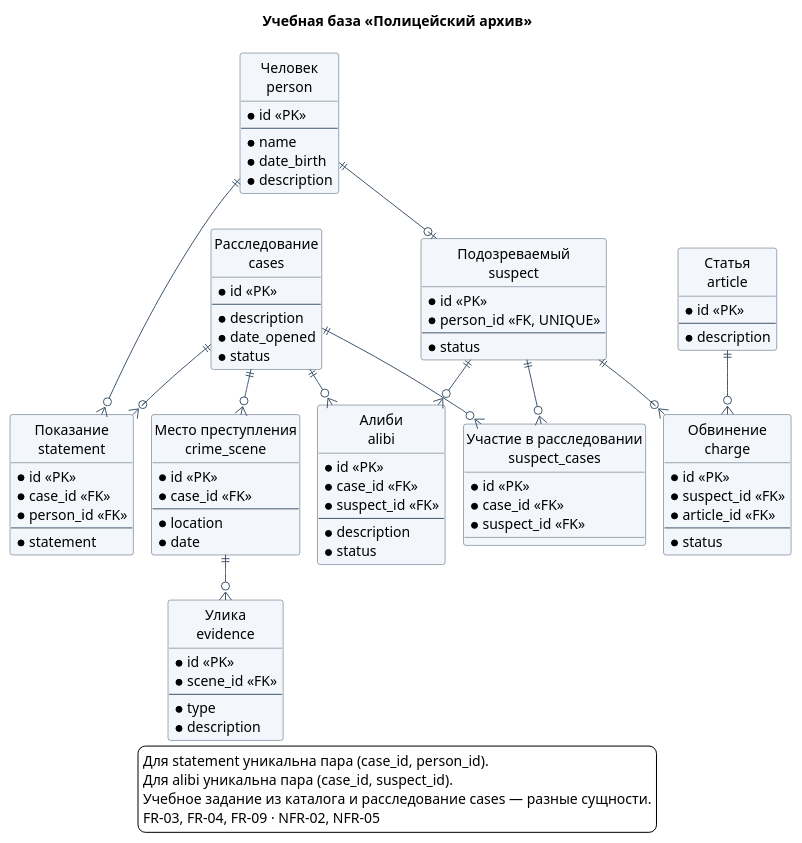
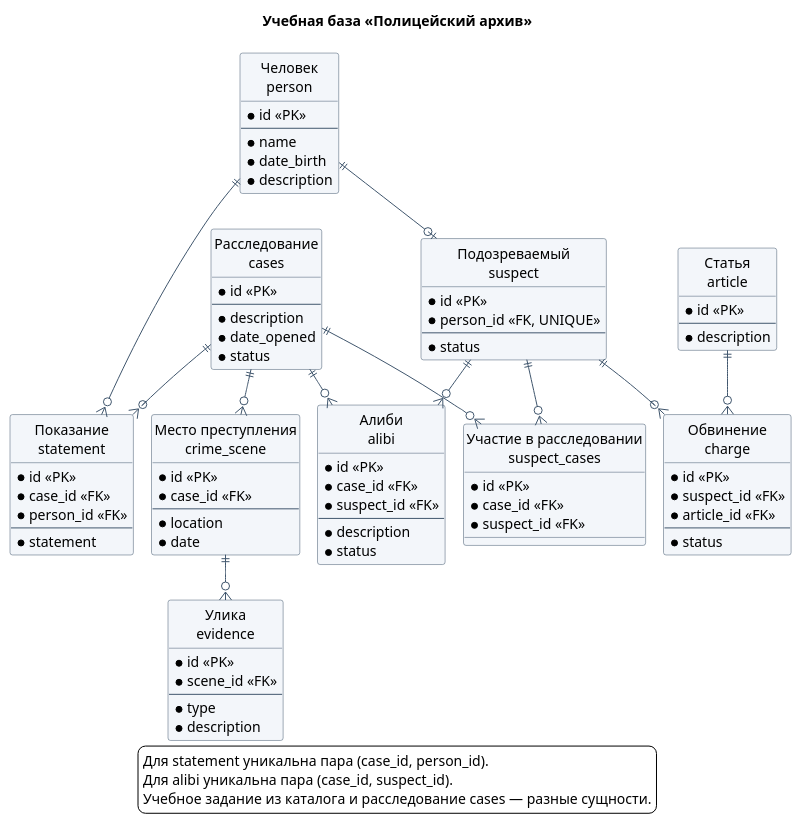
One commit to cicada-pops/vkr changed the diagram in assets/investigation-data.puml. Above: the diagram before and after it, drawn with PlantUML. The commit also changed 16 other files, not shown here.

```diff
--- a/assets/investigation-data.puml
+++ b/assets/investigation-data.puml
@@ -1,96 +1,95 @@
 @startuml
 !pragma layout smetana
 skinparam defaultFontName Arial
 skinparam defaultFontSize 14
 skinparam backgroundColor white
 skinparam shadowing false
 skinparam linetype ortho
 skinparam classBackgroundColor #F3F6FA
 skinparam classBorderColor #40566D
 skinparam ArrowColor #40566D
 hide circle
 title Учебная база «Полицейский архив»
 entity "Расследование\ncases" as Case {
   * id <<PK>>
   --
   * description
   * date_opened
   * status
 }
 entity "Место преступления\ncrime_scene" as Scene {
   * id <<PK>>
   * case_id <<FK>>
   --
   * location
   * date
 }
 entity "Улика\nevidence" as Evidence {
   * id <<PK>>
   * scene_id <<FK>>
   --
   * type
   * description
 }
 entity "Человек\nperson" as Person {
   * id <<PK>>
   --
   * name
   * date_birth
   * description
 }
 entity "Показание\nstatement" as Statement {
   * id <<PK>>
   * case_id <<FK>>
   * person_id <<FK>>
   --
   * statement
 }
 entity "Подозреваемый\nsuspect" as Suspect {
   * id <<PK>>
   * person_id <<FK, UNIQUE>>
   --
   * status
 }
 entity "Участие в расследовании\nsuspect_cases" as Participation {
   * id <<PK>>
   * case_id <<FK>>
   * suspect_id <<FK>>
 }
 entity "Алиби\nalibi" as Alibi {
   * id <<PK>>
   * case_id <<FK>>
   * suspect_id <<FK>>
   --
   * description
   * status
 }
 entity "Обвинение\ncharge" as Charge {
   * id <<PK>>
   * suspect_id <<FK>>
   * article_id <<FK>>
   --
   * status
 }
 entity "Статья\narticle" as Article {
   * id <<PK>>
   --
   * description
 }
 Case ||--o{ Scene
 Scene ||--o{ Evidence
 Case ||--o{ Statement
 Person ||--o{ Statement
 Person ||--o| Suspect
 Case ||--o{ Participation
 Suspect ||--o{ Participation
 Case ||--o{ Alibi
 Suspect ||--o{ Alibi
 Suspect ||--o{ Charge
 Article ||--o{ Charge
 legend bottom
   Для statement уникальна пара (case_id, person_id).
   Для alibi уникальна пара (case_id, suspect_id).
   Учебное задание из каталога и расследование cases — разные сущности.
-  FR-03, FR-04, FR-09 · NFR-02, NFR-05
 endlegend
 @enduml
```
